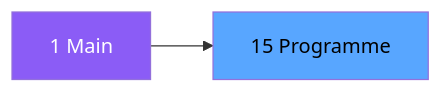
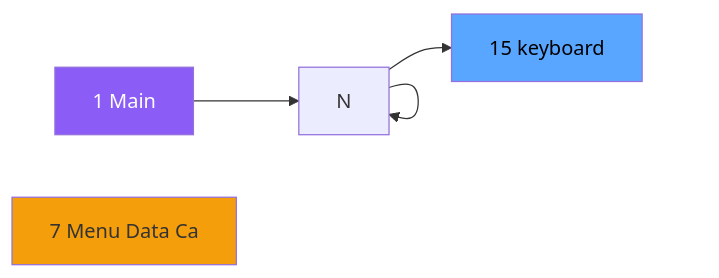
One commit to thonyAGP/magic-migration changed the second of 3 diagrams in .openspec/specs/ADH-IDE-15.md. Above: the diagram before and after it, drawn with Mermaid. The commit also changed other lines of this file and 323 other files, not shown here.

````diff
--- a/.openspec/specs/ADH-IDE-15.md
+++ b/.openspec/specs/ADH-IDE-15.md
@@ -98,8 +108,13 @@
 ```mermaid
 graph LR
     M[1 Main]
-    T[15 Programme]
-    M --> T
+    N7[7 Menu Data Ca]
+    T[15 keyboard]
+    M --> N
+    N --> N
+    N --> N
+    N --> T
     style M fill:#8b5cf6,color:#fff
+    style N7 fill:#f59e0b
     style T fill:#58a6ff,color:#000
 ```
````
